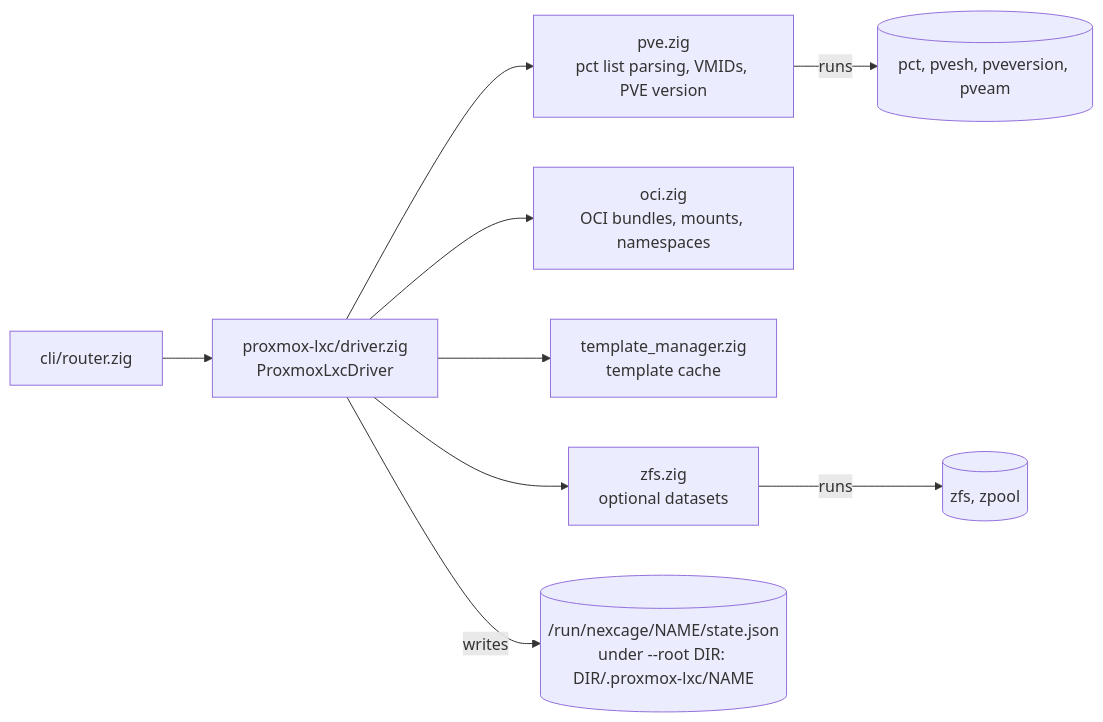
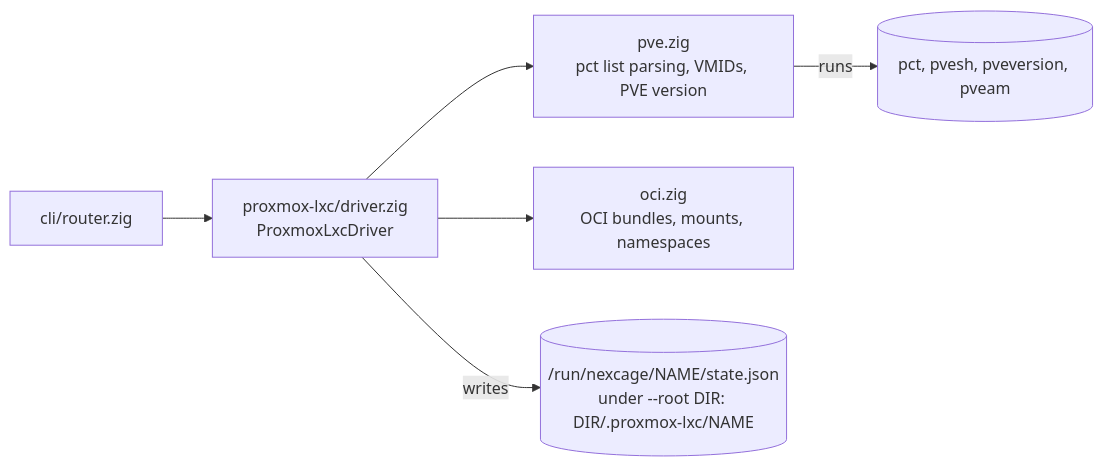
Before and after one commit to CageForge/nexcage: the diagram in docs/architecture/BACKENDS.md, drawn with Mermaid. The commit also changed 10 other files, not shown here.

````diff
--- a/docs/architecture/BACKENDS.md
+++ b/docs/architecture/BACKENDS.md
@@ -28,11 +28,8 @@
 ```mermaid
 flowchart LR
   router["cli/router.zig"] --> driver["proxmox-lxc/driver.zig<br/>ProxmoxLxcDriver"]
   driver --> pve["pve.zig<br/>pct list parsing, VMIDs, PVE version"]
   driver --> oci["oci.zig<br/>OCI bundles, mounts, namespaces"]
-  driver --> tm["template_manager.zig<br/>template cache"]
-  driver --> zfs["zfs.zig<br/>optional datasets"]
   pve -->|runs| tools[("pct, pvesh, pveversion, pveam")]
-  zfs -->|runs| ztools[("zfs, zpool")]
   driver -->|writes| state[("/run/nexcage/NAME/state.json<br/>under --root DIR: DIR/.proxmox-lxc/NAME")]
 ```
````
